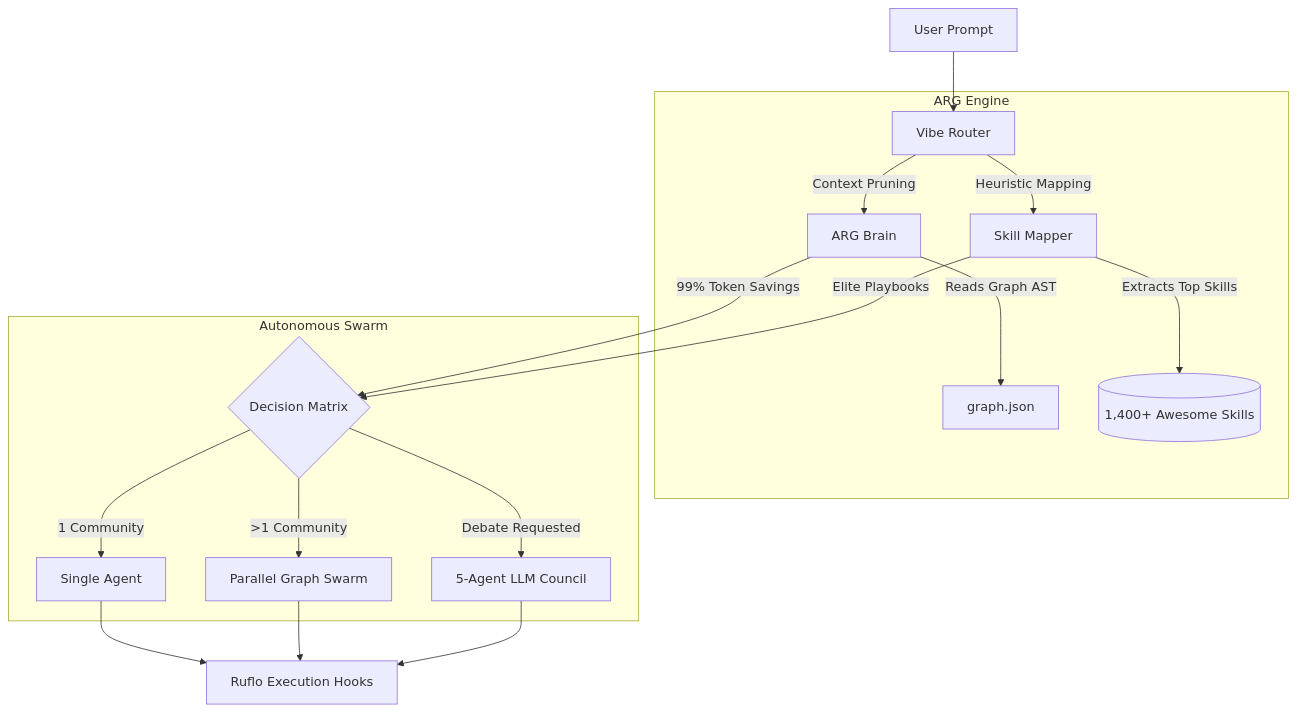
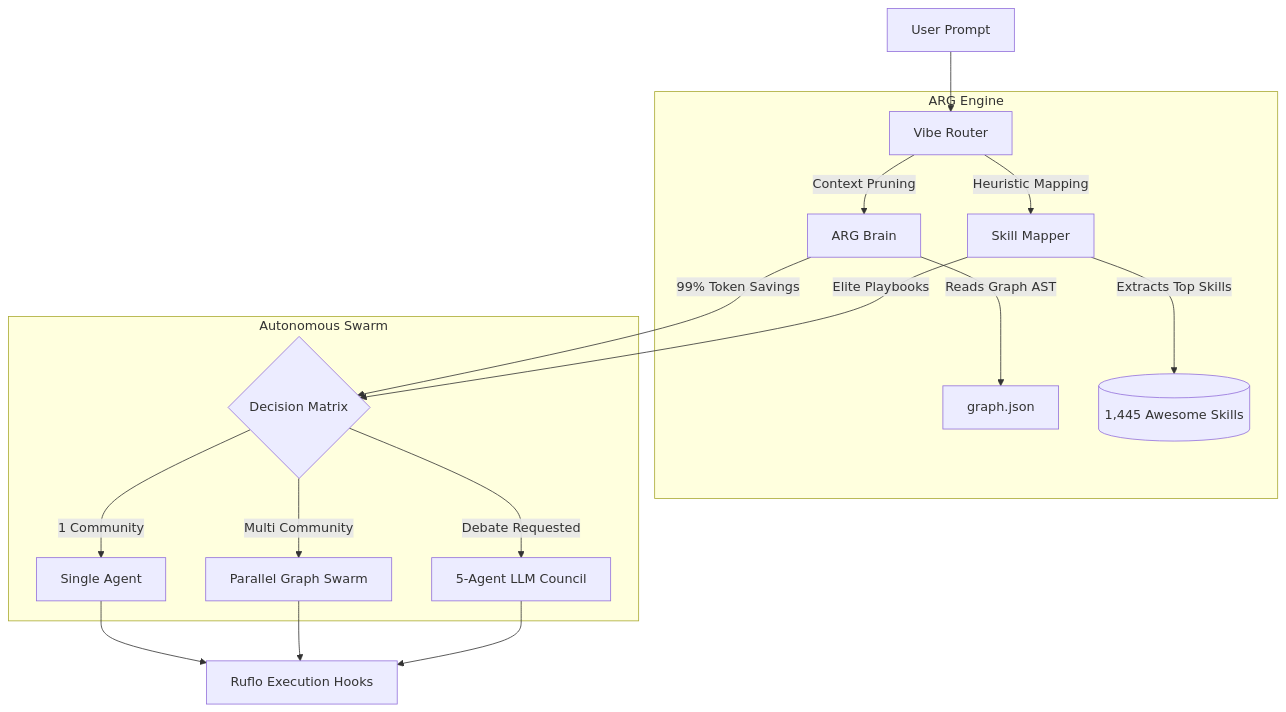
The diagram in README.md (Masqiller/ARG), drawn with Mermaid before and after one commit. The commit also changed other lines of this file and 3772 other files, not shown here.

First line of the commit message:
docs: professional README overhaul with tech badges, dark-themed graphs, and structured benchmarks

````diff
--- a/README.md
+++ b/README.md
@@ -25,26 +104,25 @@
 ```mermaid
 graph TD
     Prompt[User Prompt] --> VR[Vibe Router]
-    
+
     subgraph ARG Engine
         VR -->|Context Pruning| AB[ARG Brain]
         AB -->|Reads Graph AST| G[graph.json]
-        
         VR -->|Heuristic Mapping| SM[Skill Mapper]
-        SM -->|Extracts Top Skills| AS[(1,400+ Awesome Skills)]
+        SM -->|Extracts Top Skills| AS[(1,445 Awesome Skills)]
     end
-    
+
     AB -->|99% Token Savings| Swarm
     SM -->|Elite Playbooks| Swarm
-    
+
     subgraph Autonomous Swarm
         Swarm{Decision Matrix}
         Swarm -->|1 Community| A1[Single Agent]
-        Swarm -->|>1 Community| A2[Parallel Graph Swarm]
+        Swarm -->|Multi Community| A2[Parallel Graph Swarm]
         Swarm -->|Debate Requested| A3[5-Agent LLM Council]
     end
-    
+
     A1 --> R[Ruflo Execution Hooks]
     A2 --> R
     A3 --> R
 ```
````
